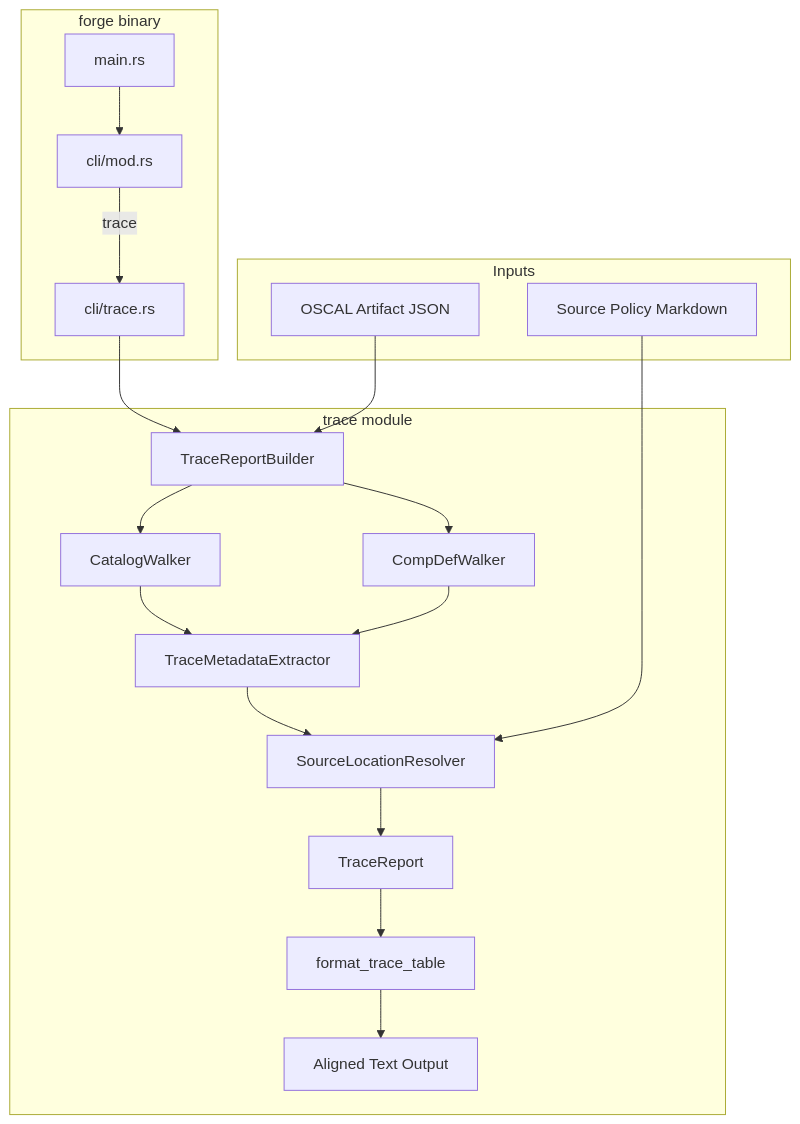
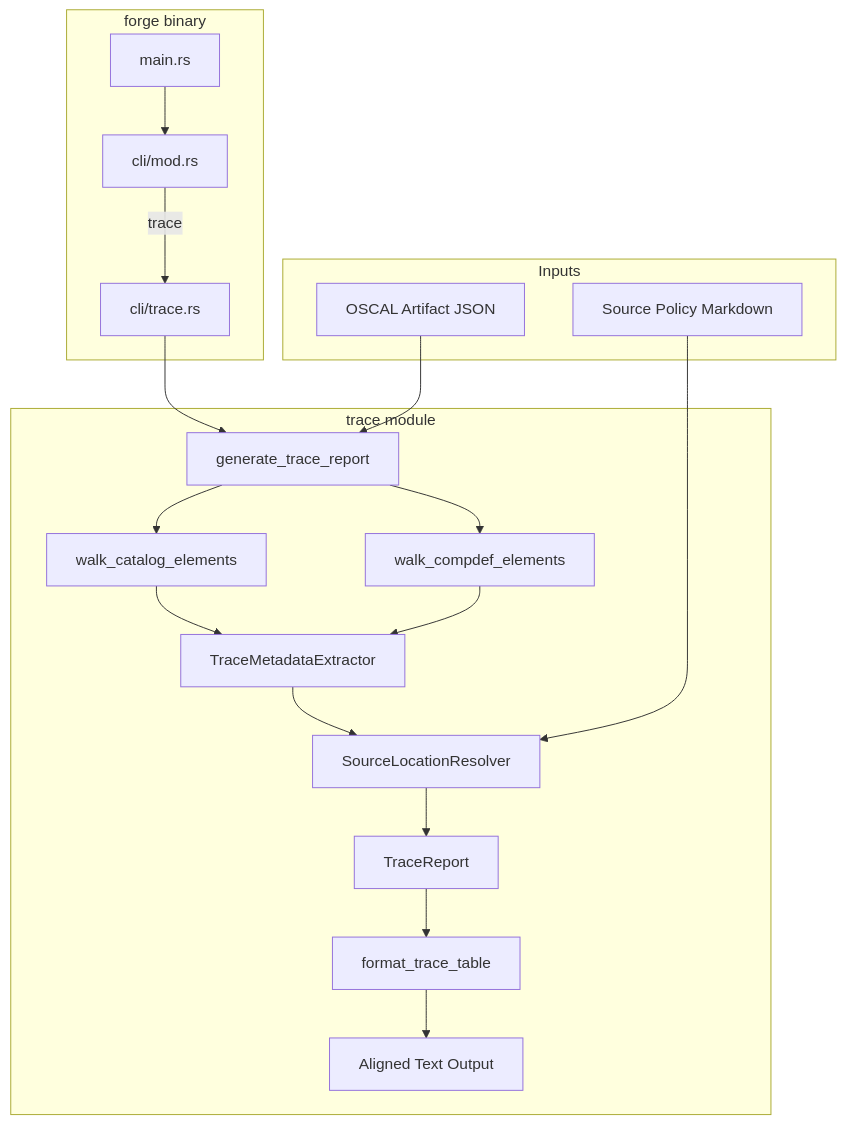
One commit to policy-forge/forge changed the fifth of 7 diagrams in docs/AR/038-ar-traceability-report.md. Above: the diagram before and after it, drawn with Mermaid. The commit also changed other lines of this file and 24 other files, not shown here.

First line of the commit message:
feat(trace): add traceability report subcommand

````diff
--- a/docs/AR/038-ar-traceability-report.md
+++ b/docs/AR/038-ar-traceability-report.md
@@ -274,27 +274,27 @@
 ```mermaid
 graph TD
     subgraph "forge binary"
         Main[main.rs] --> CLI[cli/mod.rs]
         CLI --> |trace| TraceCmd[cli/trace.rs]
     end
 
     subgraph "trace module"
-        TraceCmd --> Builder[TraceReportBuilder]
-        Builder --> CatalogWalker[CatalogWalker]
-        Builder --> CompDefWalker[CompDefWalker]
+        TraceCmd --> Builder[generate_trace_report]
+        Builder --> CatalogWalker[walk_catalog_elements]
+        Builder --> CompDefWalker[walk_compdef_elements]
         CatalogWalker --> MetadataExtractor[TraceMetadataExtractor]
         CompDefWalker --> MetadataExtractor
         MetadataExtractor --> SourceResolver[SourceLocationResolver]
         SourceResolver --> Report[TraceReport]
         Report --> TableFormatter[format_trace_table]
         TableFormatter --> Output[Aligned Text Output]
     end
 
     subgraph "Inputs"
         ArtifactJSON[OSCAL Artifact JSON]
         SourcePolicy[Source Policy Markdown]
     end
 
     ArtifactJSON --> Builder
     SourcePolicy --> SourceResolver
 ```
````
